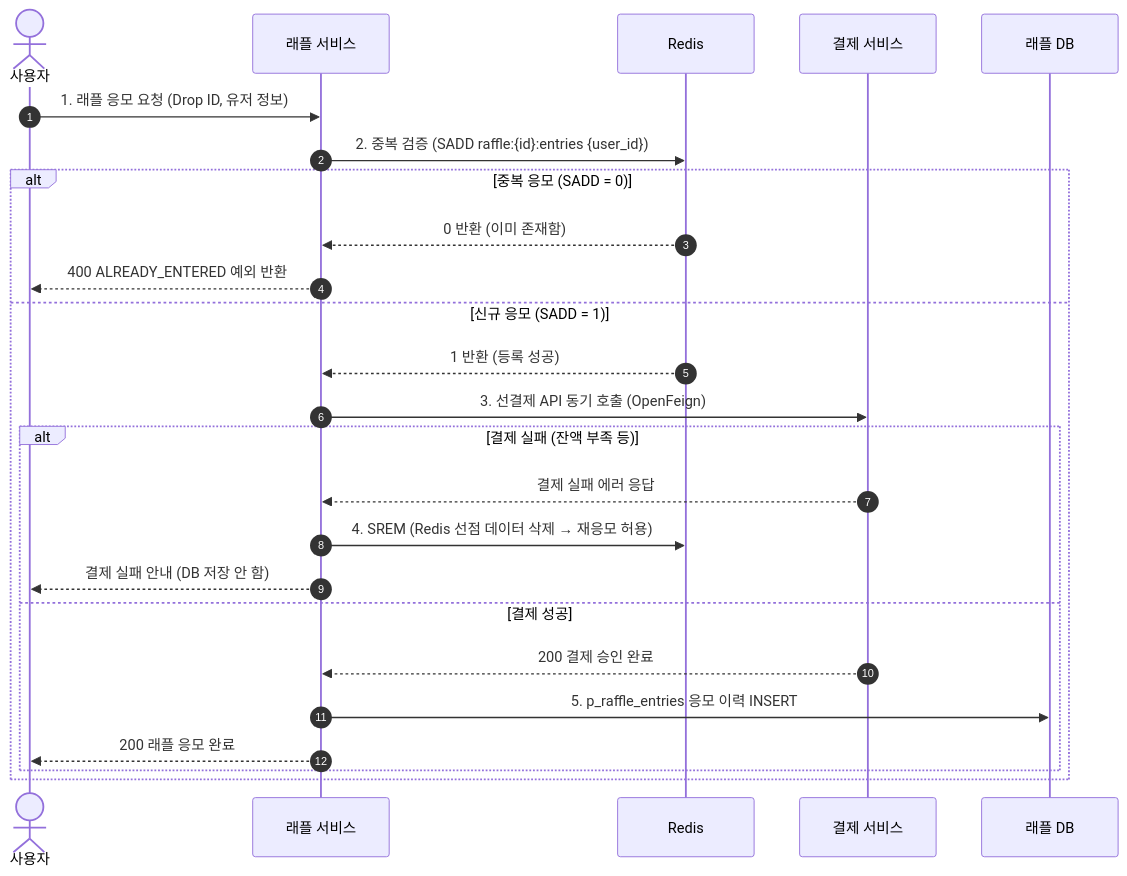
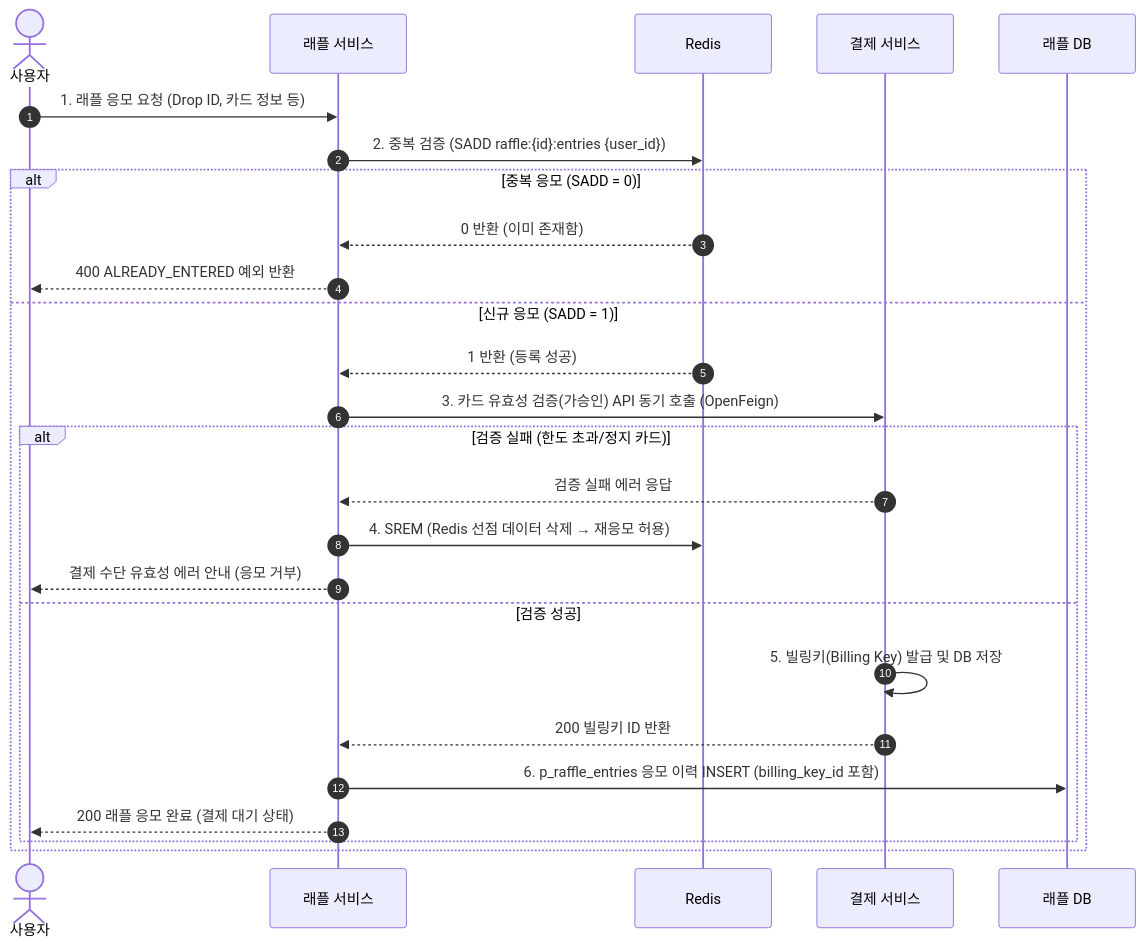
One commit to OMC-2/OMC changed diagram 18 of 20 in docs/08.sequence.md. Above: the diagram before and after it, drawn with Mermaid. The commit also changed other lines of this file and 3 other files, not shown here.

````diff
--- a/docs/08.sequence.md
+++ b/docs/08.sequence.md
@@ -521,30 +521,31 @@
 ```mermaid
 sequenceDiagram
     autonumber
     actor User as 사용자
     participant Raffle as 래플 서비스
     participant Redis as Redis
     participant Payment as 결제 서비스
     participant DB as 래플 DB
 
-    User->>Raffle: 1. 래플 응모 요청 (Drop ID, 유저 정보)
+    User->>Raffle: 1. 래플 응모 요청 (Drop ID, 카드 정보 등)
     Raffle->>Redis: 2. 중복 검증 (SADD raffle:{id}:entries {user_id})
 
     alt 중복 응모 (SADD = 0)
         Redis-->>Raffle: 0 반환 (이미 존재함)
         Raffle-->>User: 400 ALREADY_ENTERED 예외 반환
     else 신규 응모 (SADD = 1)
         Redis-->>Raffle: 1 반환 (등록 성공)
-        Raffle->>Payment: 3. 선결제 API 동기 호출 (OpenFeign)
+        Raffle->>Payment: 3. 카드 유효성 검증(가승인) API 동기 호출 (OpenFeign)
 
-        alt 결제 실패 (잔액 부족 등)
-            Payment-->>Raffle: 결제 실패 에러 응답
+        alt 검증 실패 (한도 초과/정지 카드)
+            Payment-->>Raffle: 검증 실패 에러 응답
             Raffle->>Redis: 4. SREM (Redis 선점 데이터 삭제 → 재응모 허용)
-            Raffle-->>User: 결제 실패 안내 (DB 저장 안 함)
-        else 결제 성공
-            Payment-->>Raffle: 200 결제 승인 완료
-            Raffle->>DB: 5. p_raffle_entries 응모 이력 INSERT
-            Raffle-->>User: 200 래플 응모 완료
+            Raffle-->>User: 결제 수단 유효성 에러 안내 (응모 거부)
+        else 검증 성공
+            Payment->>Payment: 5. 빌링키(Billing Key) 발급 및 DB 저장
+            Payment-->>Raffle: 200 빌링키 ID 반환
+            Raffle->>DB: 6. p_raffle_entries 응모 이력 INSERT (billing_key_id 포함)
+            Raffle-->>User: 200 래플 응모 완료 (결제 대기 상태)
         end
     end
 ```
````
